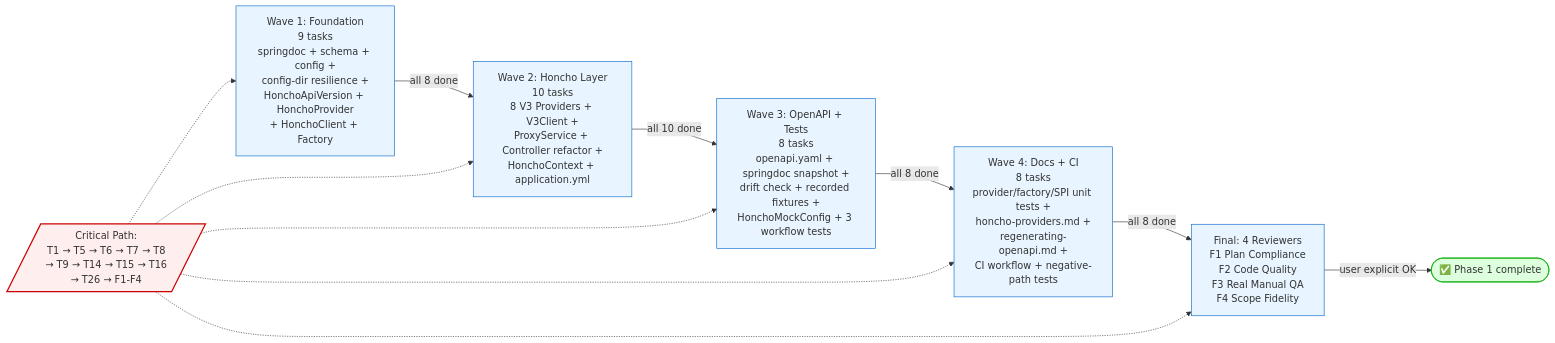
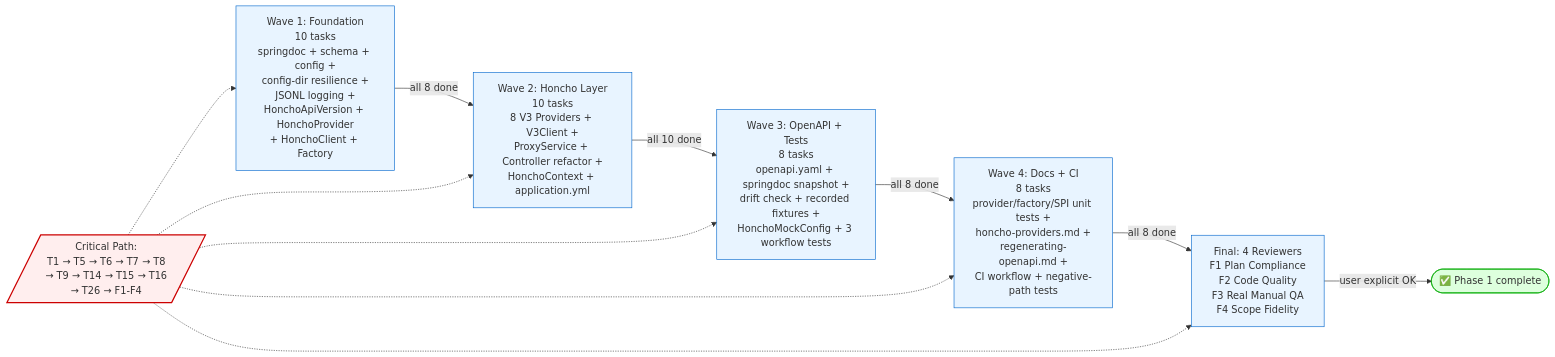
One commit to cloudbsdorg/honcho-inspector-backend changed the third of 6 diagrams in .sisyphus/plans/phase-1-openapi-and-workflow-tests.md. Above: the diagram before and after it, drawn with Mermaid. The commit also changed other lines of this file and 1 other file, not shown here.

First line of the commit message:
feat(plan): add T4b structured JSONL logging + rotation/retention

````diff
--- a/.sisyphus/plans/phase-1-openapi-and-workflow-tests.md
+++ b/.sisyphus/plans/phase-1-openapi-and-workflow-tests.md
@@ -193,28 +193,28 @@
 ```mermaid
 flowchart LR
-  W1["Wave 1: Foundation<br/>9 tasks<br/>springdoc + schema + config +<br/>config-dir resilience +<br/>HonchoApiVersion + HonchoProvider<br/>+ HonchoClient + Factory"]
+  W1["Wave 1: Foundation<br/>10 tasks<br/>springdoc + schema + config +<br/>config-dir resilience +<br/>JSONL logging +<br/>HonchoApiVersion + HonchoProvider<br/>+ HonchoClient + Factory"]
   W2["Wave 2: Honcho Layer<br/>10 tasks<br/>8 V3 Providers + V3Client +<br/>ProxyService + Controller refactor +<br/>HonchoContext + application.yml"]
   W3["Wave 3: OpenAPI + Tests<br/>8 tasks<br/>openapi.yaml + springdoc snapshot +<br/>drift check + recorded fixtures +<br/>HonchoMockConfig + 3 workflow tests"]
   W4["Wave 4: Docs + CI<br/>8 tasks<br/>provider/factory/SPI unit tests +<br/>honcho-providers.md +<br/>regenerating-openapi.md +<br/>CI workflow + negative-path tests"]
   FIN["Final: 4 Reviewers<br/>F1 Plan Compliance<br/>F2 Code Quality<br/>F3 Real Manual QA<br/>F4 Scope Fidelity"]
 
   W1 -->|"all 8 done"| W2
   W2 -->|"all 10 done"| W3
   W3 -->|"all 8 done"| W4
   W4 -->|"all 8 done"| FIN
   FIN -->|"user explicit OK"| DONE(["✅ Phase 1 complete"])
 
   CP[/"Critical Path:<br/>T1 → T5 → T6 → T7 → T8<br/>→ T9 → T14 → T15 → T16<br/>→ T26 → F1-F4"/]
   CP -.-> W1
   CP -.-> W2
   CP -.-> W3
   CP -.-> W4
   CP -.-> FIN
 
   classDef wave fill:#e8f4ff,stroke:#06c
   classDef critical fill:#fee,stroke:#c00,stroke-width:2px
   classDef done fill:#dfd,stroke:#0a0
   class W1,W2,W3,W4,FIN wave
   class CP critical
   class DONE done
 ```
````
